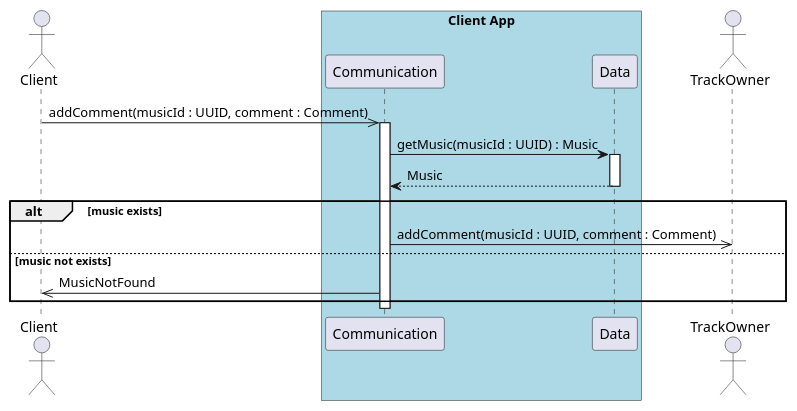
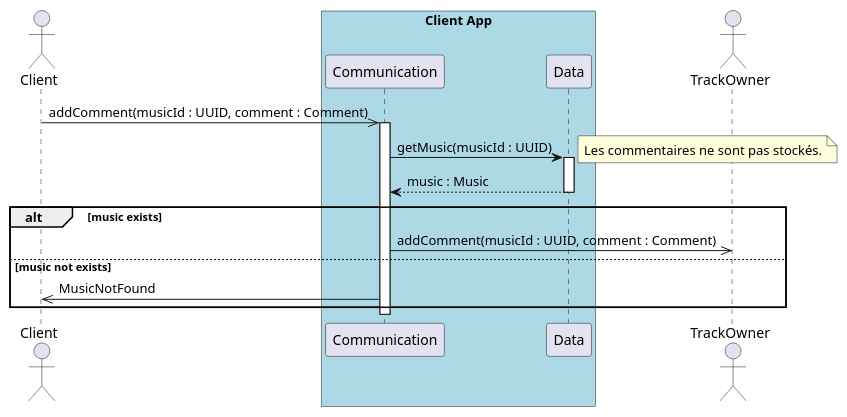
One commit to UTCAI12/Diagrams changed the diagram in sequence/4.2_add_comment_server.puml. Above: the diagram before and after it, drawn with PlantUML. The commit also changed 1 other file, not shown here.

```diff
--- a/sequence/4.2_add_comment_server.puml
+++ b/sequence/4.2_add_comment_server.puml
@@ -1,27 +1,28 @@
 @startuml 4.2. User add a comment to a music (server)
 
 actor Client as client
 
 box "Client App" #LightBlue
     participant Communication as com
     participant Data as data
 end box
 
 actor TrackOwner as owner
 
 client ->> com : addComment(musicId : UUID, comment : Comment)
 
 activate com
 
-com -> data++ : getMusic(musicId : UUID) : Music
-return Music
+com -> data++ : getMusic(musicId : UUID)
+note right : Les commentaires ne sont pas stockés.
+return music : Music
 
 alt music exists
     com ->> owner : addComment(musicId : UUID, comment : Comment)
 else music not exists
     com ->> client : MusicNotFound
 end
 
 deactivate com
 
 @enduml
```
